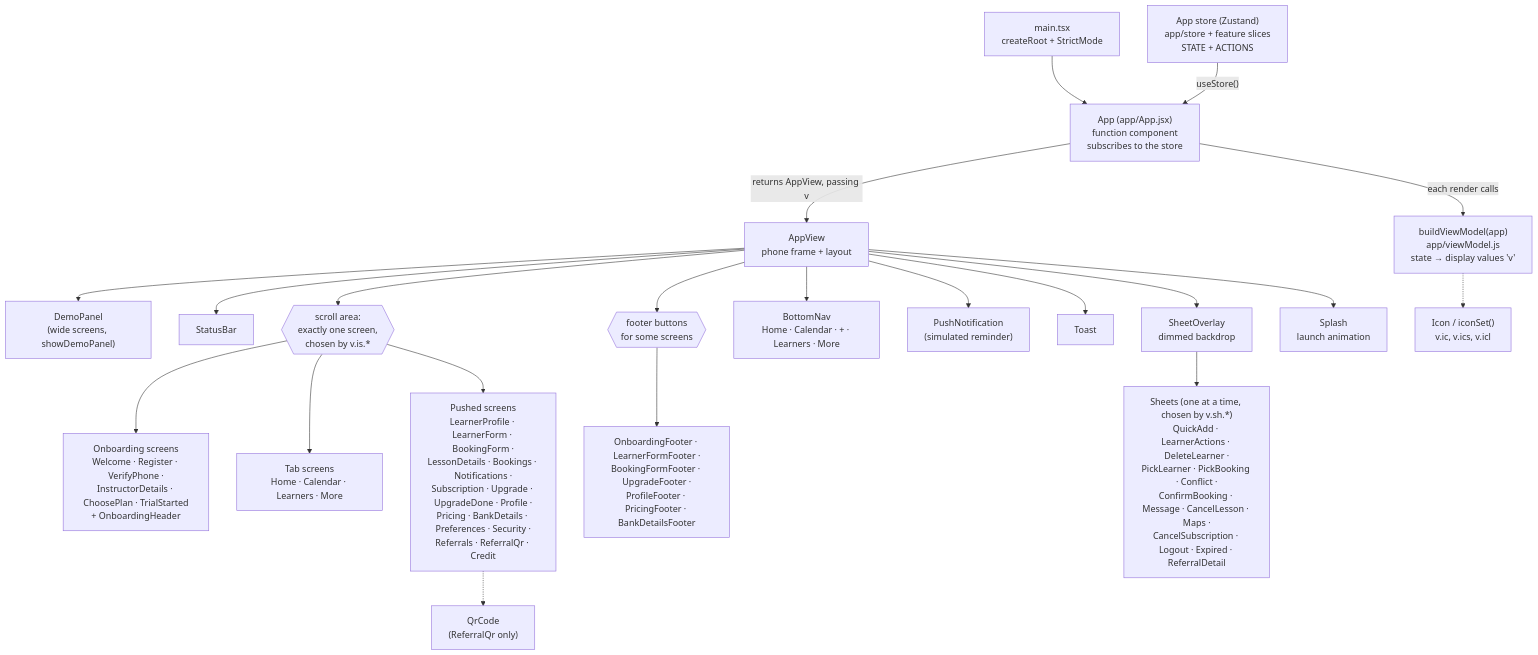
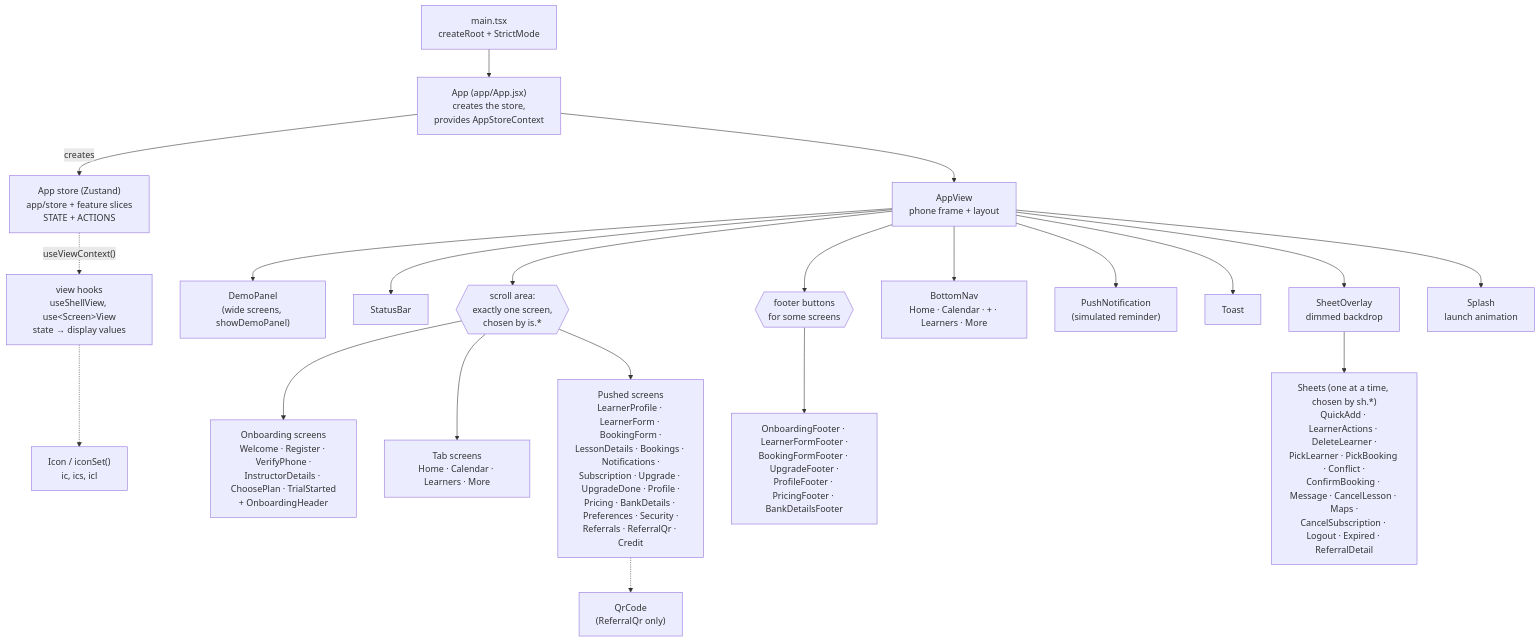
The third of 5 diagrams in docs/internal/component-diagram.md (snehashisp/nexdrive), drawn with Mermaid before and after one commit. The commit also changed other lines of this file and 102 other files, not shown here.

First line of the commit message:
Replace the shared view-model object with per-screen view hooks

````diff
--- a/docs/internal/component-diagram.md
+++ b/docs/internal/component-diagram.md
@@ -82,33 +82,34 @@
 ```mermaid
 flowchart TD
   MAIN["main.tsx<br/>createRoot + StrictMode"] --> APP
 
-  APP["App (app/App.jsx)<br/>function component<br/>subscribes to the store"]
-  VM["buildViewModel(app)<br/>app/viewModel.js<br/>state → display values 'v'"]
-  STORE["App store (Zustand)<br/>app/store + feature slices<br/>STATE + ACTIONS"] -- "useStore()" --> APP
-  APP -- "each render calls" --> VM
-  APP -- "returns AppView, passing v" --> VIEW
+  APP["App (app/App.jsx)<br/>creates the store,<br/>provides AppStoreContext"]
+  STORE["App store (Zustand)<br/>app/store + feature slices<br/>STATE + ACTIONS"]
+  APP -- "creates" --> STORE
+  APP --> VIEW
+  HOOKS["view hooks<br/>useShellView, use&lt;Screen&gt;View<br/>state → display values"]
+  STORE -. "useViewContext()" .-> HOOKS
 
   VIEW["AppView<br/>phone frame + layout"]
 
   VIEW --> PANEL["DemoPanel<br/>(wide screens, showDemoPanel)"]
   VIEW --> STATUS["StatusBar"]
-  VIEW --> SCROLL{{"scroll area:<br/>exactly one screen,<br/>chosen by v.is.*"}}
+  VIEW --> SCROLL{{"scroll area:<br/>exactly one screen,<br/>chosen by is.*"}}
   VIEW --> FOOT{{"footer buttons<br/>for some screens"}}
   VIEW --> NAV["BottomNav<br/>Home · Calendar · + · Learners · More"]
   VIEW --> PUSH["PushNotification<br/>(simulated reminder)"]
   VIEW --> TOAST["Toast"]
   VIEW --> OVER["SheetOverlay<br/>dimmed backdrop"]
   VIEW --> SPLASH["Splash<br/>launch animation"]
 
   SCROLL --> OB["Onboarding screens<br/>Welcome · Register · VerifyPhone ·<br/>InstructorDetails · ChoosePlan · TrialStarted<br/>+ OnboardingHeader"]
   SCROLL --> MAINS["Tab screens<br/>Home · Calendar · Learners · More"]
   SCROLL --> DETAIL["Pushed screens<br/>LearnerProfile · LearnerForm · BookingForm ·<br/>LessonDetails · Bookings · Notifications ·<br/>Subscription · Upgrade · UpgradeDone · Profile ·<br/>Pricing · BankDetails · Preferences · Security ·<br/>Referrals · ReferralQr · Credit"]
 
   FOOT --> FOOTS["OnboardingFooter · LearnerFormFooter ·<br/>BookingFormFooter · UpgradeFooter ·<br/>ProfileFooter · PricingFooter · BankDetailsFooter"]
 
-  OVER --> SHEETS["Sheets (one at a time, chosen by v.sh.*)<br/>QuickAdd · LearnerActions · DeleteLearner ·<br/>PickLearner · PickBooking · Conflict ·<br/>ConfirmBooking · Message · CancelLesson · Maps ·<br/>CancelSubscription · Logout · Expired · ReferralDetail"]
+  OVER --> SHEETS["Sheets (one at a time, chosen by sh.*)<br/>QuickAdd · LearnerActions · DeleteLearner ·<br/>PickLearner · PickBooking · Conflict ·<br/>ConfirmBooking · Message · CancelLesson · Maps ·<br/>CancelSubscription · Logout · Expired · ReferralDetail"]
 
   DETAIL -.-> QR["QrCode<br/>(ReferralQr only)"]
-  VM -.-> ICON["Icon / iconSet()<br/>v.ic, v.ics, v.icl"]
+  HOOKS -.-> ICON["Icon / iconSet()<br/>ic, ics, icl"]
 ```
````
